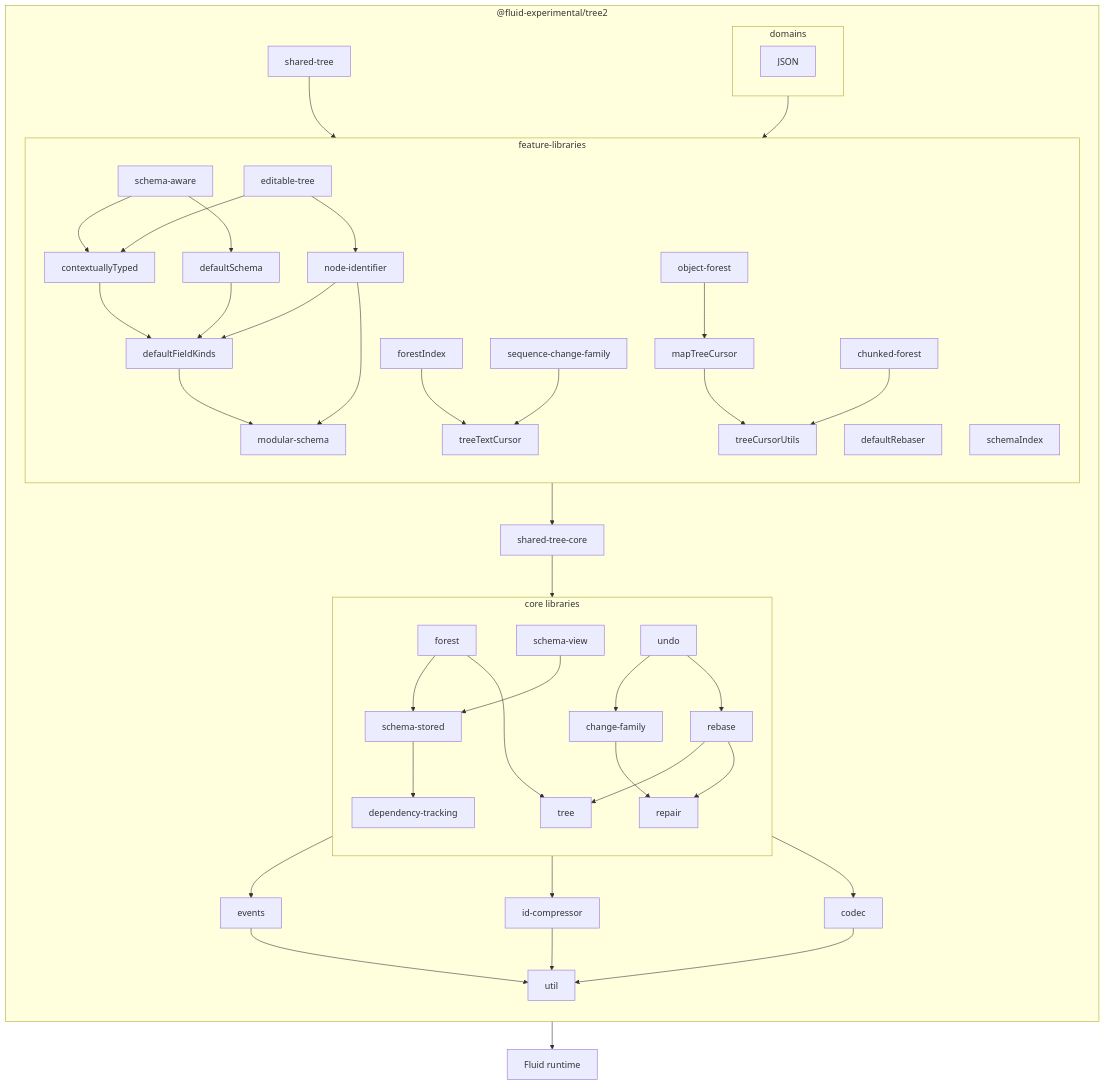
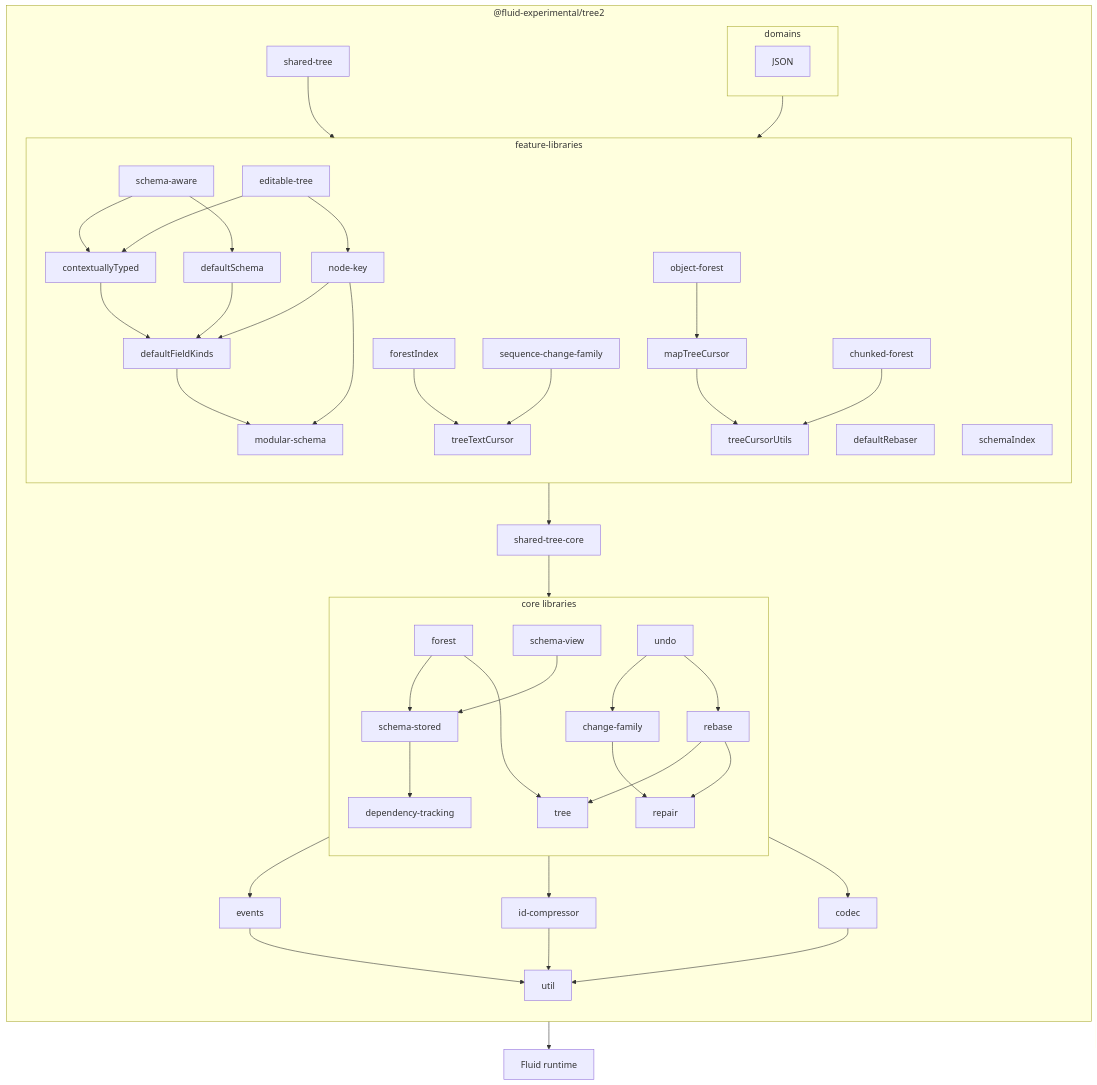
One commit to microsoft/FluidFramework changed the sixth of 6 diagrams in experimental/dds/tree2/README.md. Above: the diagram before and after it, drawn with Mermaid.

````diff
--- a/experimental/dds/tree2/README.md
+++ b/experimental/dds/tree2/README.md
@@ -318,49 +318,49 @@
 ```mermaid
 flowchart
     direction TB
     subgraph package ["@fluid-experimental/tree2"]
         direction TB
         subgraph core ["core libraries"]
             direction TB
             forest-->schema-stored
             rebase-->tree
             change-family-->repair
             rebase-->repair
             schema-stored-->dependency-tracking
             schema-view-->schema-stored
             dependency-tracking
             forest-->tree
             undo-->change-family
             undo-->rebase
         end
         core-->events-->util
         core-->id-compressor-->util
         core-->codec-->util
         feature-->shared-tree-core
         shared-tree-core-->core
         shared-tree-->feature
         subgraph feature ["feature-libraries"]
             direction TB
             schema-aware-->defaultSchema
             schema-aware-->contextuallyTyped
             editable-tree-->contextuallyTyped
-            editable-tree-->node-identifier
+            editable-tree-->node-key
             defaultRebaser
             contextuallyTyped-->defaultFieldKinds
             defaultSchema-->defaultFieldKinds-->modular-schema
             forestIndex-->treeTextCursor
             modular-schema
-            node-identifier-->modular-schema
-            node-identifier-->defaultFieldKinds
+            node-key-->modular-schema
+            node-key-->defaultFieldKinds
             object-forest-->mapTreeCursor-->treeCursorUtils
             chunked-forest-->treeCursorUtils
             schemaIndex
             sequence-change-family-->treeTextCursor
         end
         subgraph domains
             JSON
         end
         domains-->feature
     end
     package-->runtime["Fluid runtime"]
 ```
````
